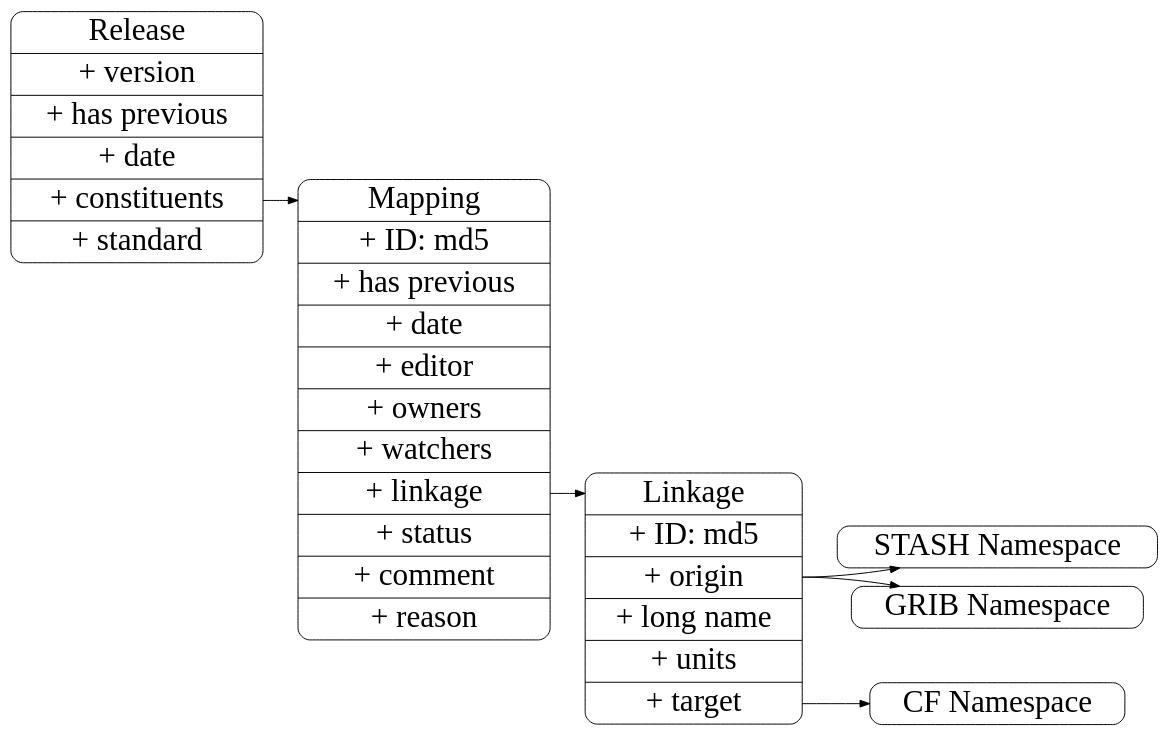
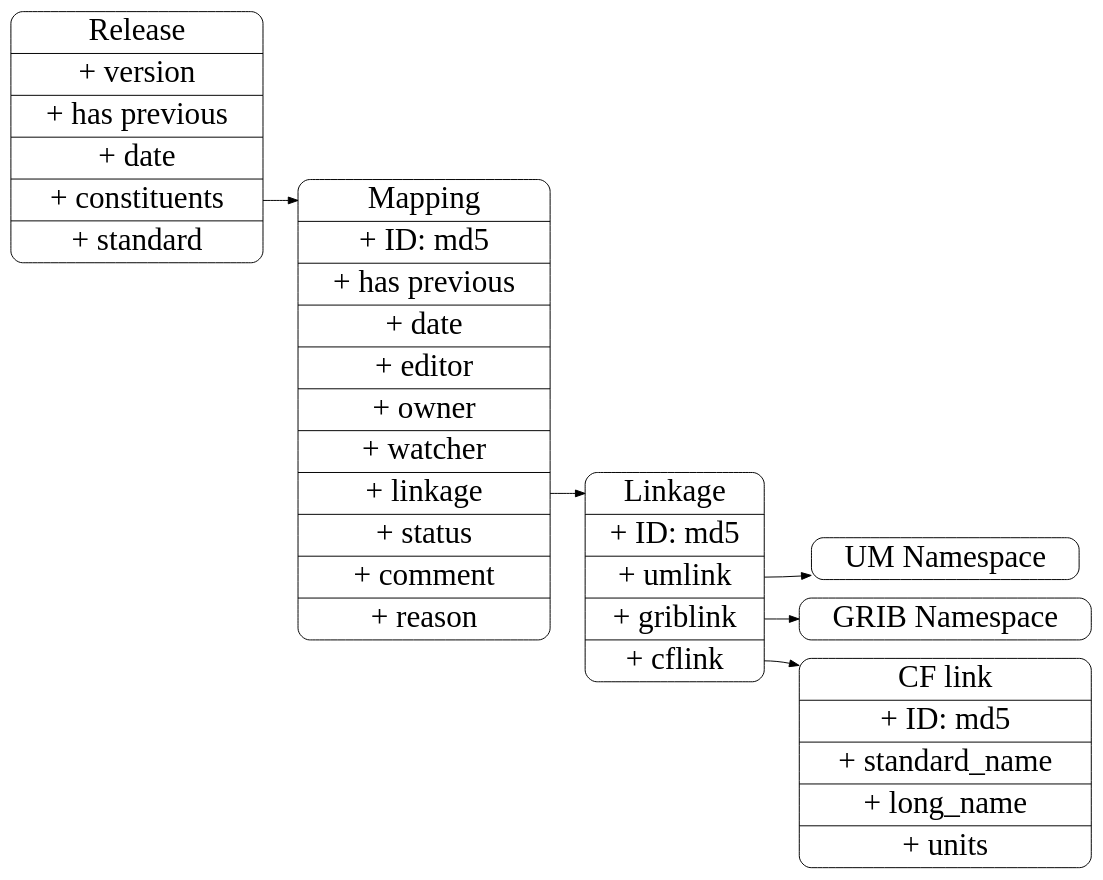
One commit to marqh/docs changed the diagram in source/developer/design/records.dot. Above: the diagram before and after it, drawn with Graphviz. The commit also changed 2 other files, not shown here.

```diff
--- a/source/developer/design/records.dot
+++ b/source/developer/design/records.dot
@@ -1,55 +1,56 @@
 digraph records {
 
 ## basic setup 
 
    	rankdir = LR;
         node [
         fontsize = 32,
         shape = Mrecord
         ];
 
         edge [
         fontsize = 24
         ];
 
 ## class definitions
 
-        mapping [
-	label = "<title> Linkage |+ ID: md5 |<origin>+ origin |+ long name |+ units|<target>+ target "
+   	cflink [
+	label = "<title> CF link |+ ID: md5 |<sn>+ standard_name |<ln>+ long_name |<units>+ units"
 	];
 
-	provenance [
-	label = "<title> Mapping |+ ID: md5 |+ has previous |+ date |+ editor |+ owners |+ watchers|<plink>+ linkage|+ status |+ comment|+ reason"
+        linkage [
+	label = "<title> Linkage |+ ID: md5 |<umlink>+ umlink |<griblink>+ griblink |<cflink>+ cflink "
+	];
+
+	mapping [
+	label = "<title> Mapping |+ ID: md5 |+ has previous |+ date |+ editor |+ owner |+ watcher |<plink>+ linkage|+ status |+ comment|+ reason"
 	];
 
 	release [
 	label = "<title> Release |+ version|+ has previous|+ date|<con>+ constituents|+ standard"
 	];
 
-	cf [
-	label = "CF Namespace"
-	];
 
-	stash [
-	label = "STASH Namespace"
+	um [
+	label = "UM Namespace"
 	];
 
 	grib [
 	label = "GRIB Namespace"
 	];
 
 
 
 ## relations
 
-	provenance:plink -> mapping:title;
+	mapping:plink -> linkage:title;
 
-	release:con -> provenance:title
+	release:con -> mapping:title
 
-	mapping:target -> cf
+	linkage:umlink -> um
 
-	mapping:origin -> stash
+	linkage:griblink -> grib
 
-	mapping:origin -> grib
+	linkage:cflink -> cflink
 
 }
```
